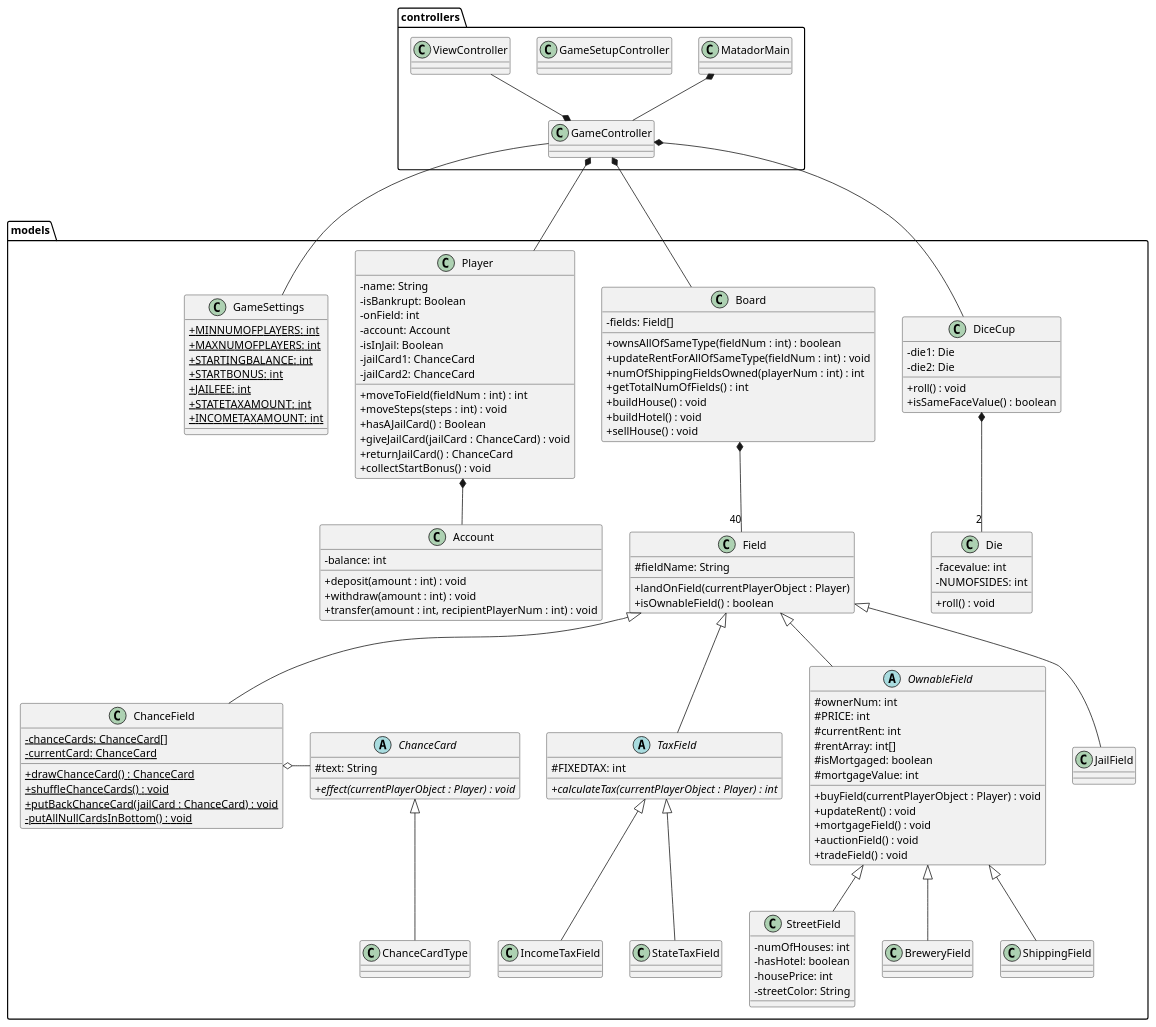
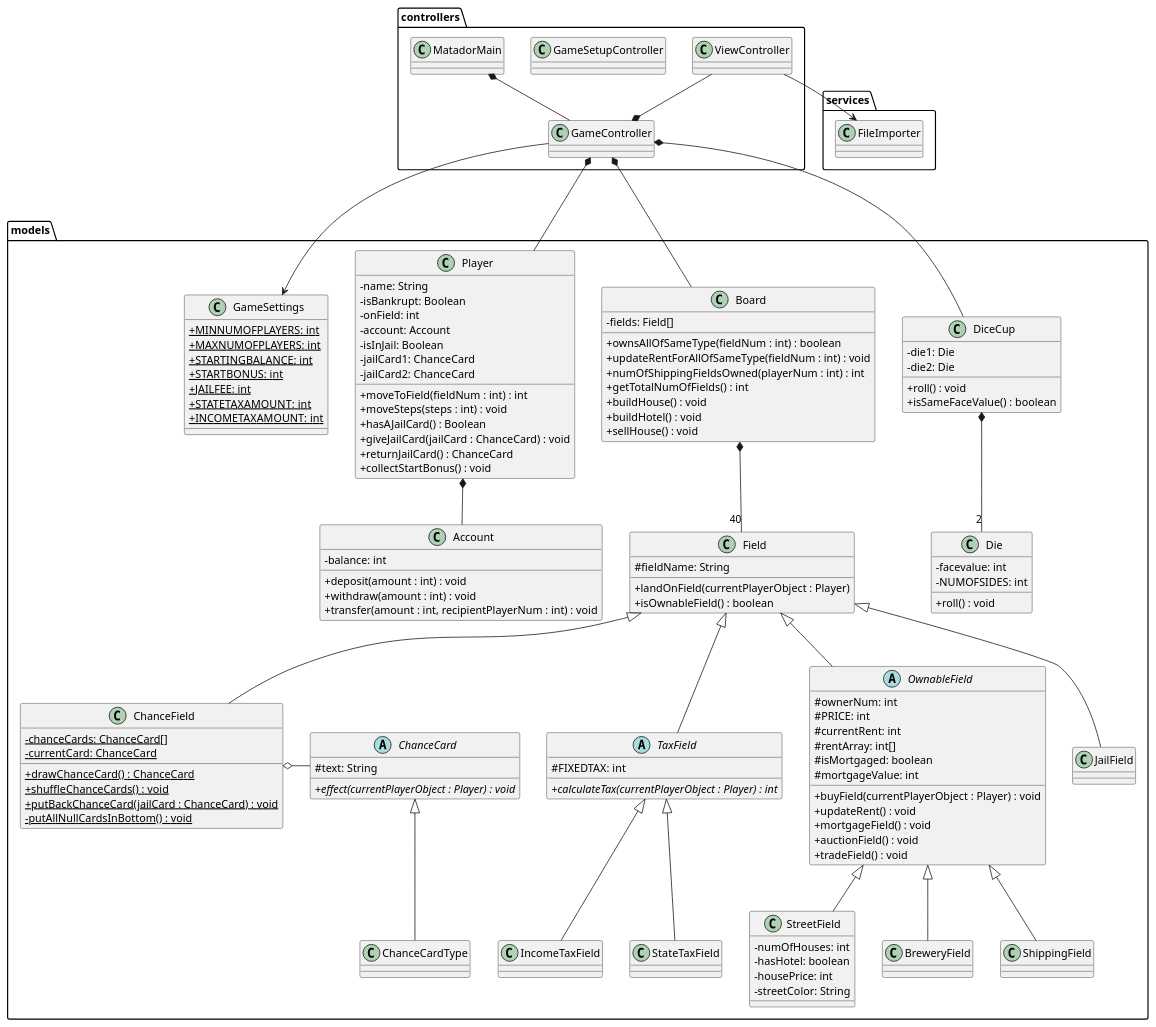
Before and after one commit to GabeKierk889/gruppe-18: the diagram in 18_final/UML/DesignClassDiagram.puml, drawn with PlantUML.

Commit message:
updated DCD

```diff
--- a/18_final/UML/DesignClassDiagram.puml
+++ b/18_final/UML/DesignClassDiagram.puml
@@ -1,188 +1,198 @@
 @startuml
 'https://plantuml.com/class-diagram
 skinparam classAttributeIconSize 0
+
+package services {
+
+class FileImporter {
+
+}
+
+}
+
 package controllers {
 
 class MatadorMain {
 
 }
 
 class GameController {
 
 }
 
 class GameSetupController {
 
 }
 
 class ViewController {
 
 }
 
 }
 
 package models {
 
 class GameSettings {
     {static}+MINNUMOFPLAYERS: int
     {static}+MAXNUMOFPLAYERS: int
     {static}+STARTINGBALANCE: int
     {static}+STARTBONUS: int
     {static}+JAILFEE: int
     {static}+STATETAXAMOUNT: int
     {static}+INCOMETAXAMOUNT: int
 }
 
 class Player {
     -name: String
     -isBankrupt: Boolean
     -onField: int
     -account: Account
     -isInJail: Boolean
     -jailCard1: ChanceCard
     -jailCard2: ChanceCard
 
     +moveToField(fieldNum : int) : int
     +moveSteps(steps : int) : void
     +hasAJailCard() : Boolean
     +giveJailCard(jailCard : ChanceCard) : void
     +returnJailCard() : ChanceCard
     +collectStartBonus() : void
 }
 
 class Board {
     -fields: Field[]
 
     +ownsAllOfSameType(fieldNum : int) : boolean
     +updateRentForAllOfSameType(fieldNum : int) : void
     +numOfShippingFieldsOwned(playerNum : int) : int
     +getTotalNumOfFields() : int
     +buildHouse() : void
     +buildHotel() : void
     +sellHouse() : void
 }
 
 class Field {
     #fieldName: String
 
     +landOnField(currentPlayerObject : Player)
     +isOwnableField() : boolean
 }
 
 class Account {
     -balance: int
 
     +deposit(amount : int) : void
     +withdraw(amount : int) : void
     +transfer(amount : int, recipientPlayerNum : int) : void
 }
 
 class DiceCup {
     -die1: Die
     -die2: Die
 
     +roll() : void
     +isSameFaceValue() : boolean
 }
 
 class Die {
     -facevalue: int
     -NUMOFSIDES: int
 
     +roll() : void
 }
 
 class ChanceCardType {
 
 }
 
 abstract class ChanceCard {
     #text: String
 
     {abstract}+effect(currentPlayerObject : Player) : void
 }
 
 abstract class OwnableField {
         #ownerNum: int
         #PRICE: int
         #currentRent: int
         #rentArray: int[]
         #isMortgaged: boolean
         #mortgageValue: int
 
         +buyField(currentPlayerObject : Player) : void
         +updateRent() : void
         +mortgageField() : void
         +auctionField() : void
         +tradeField() : void
 }
 
 class StreetField {
     -numOfHouses: int
     -hasHotel: boolean
     -housePrice: int
     -streetColor: String
 
 }
 
 class BreweryField {
 
 }
 
 class ShippingField {
 
 }
 
 class ChanceField {
     {static}-chanceCards: ChanceCard[]
     {static}-currentCard: ChanceCard
 
     {static}+drawChanceCard() : ChanceCard
     {static}+shuffleChanceCards() : void
     {static}+putBackChanceCard(jailCard : ChanceCard) : void
     {static}-putAllNullCardsInBottom() : void
 }
 
 class JailField {
 
 }
 
 abstract class TaxField {
     #FIXEDTAX: int
 
     {abstract}+calculateTax(currentPlayerObject : Player) : int
 }
 
 class StateTaxField {
 
 }
 
 class IncomeTaxField {
 
 }
 
 }
 
 MatadorMain *-- GameController
+ViewController --> FileImporter
 ViewController --* GameController
-GameController - GameSettings
+GameController --> GameSettings
 GameController *--- Board
 GameController *--- DiceCup
 GameController *--- Player
 Player *-- Account
 Board *-- "40" Field
 OwnableField <|-- StreetField
 Field <|-- ChanceField
 Field <|-- JailField
 ChanceField o- ChanceCard
 ChanceCard <|-- ChanceCardType
 DiceCup *-- "2" Die
 Field <|-- OwnableField
 OwnableField <|-- BreweryField
 OwnableField <|-- ShippingField
 Field <|-- TaxField
 TaxField <|-- StateTaxField
 TaxField <|-- IncomeTaxField
 
 
 @enduml
```
